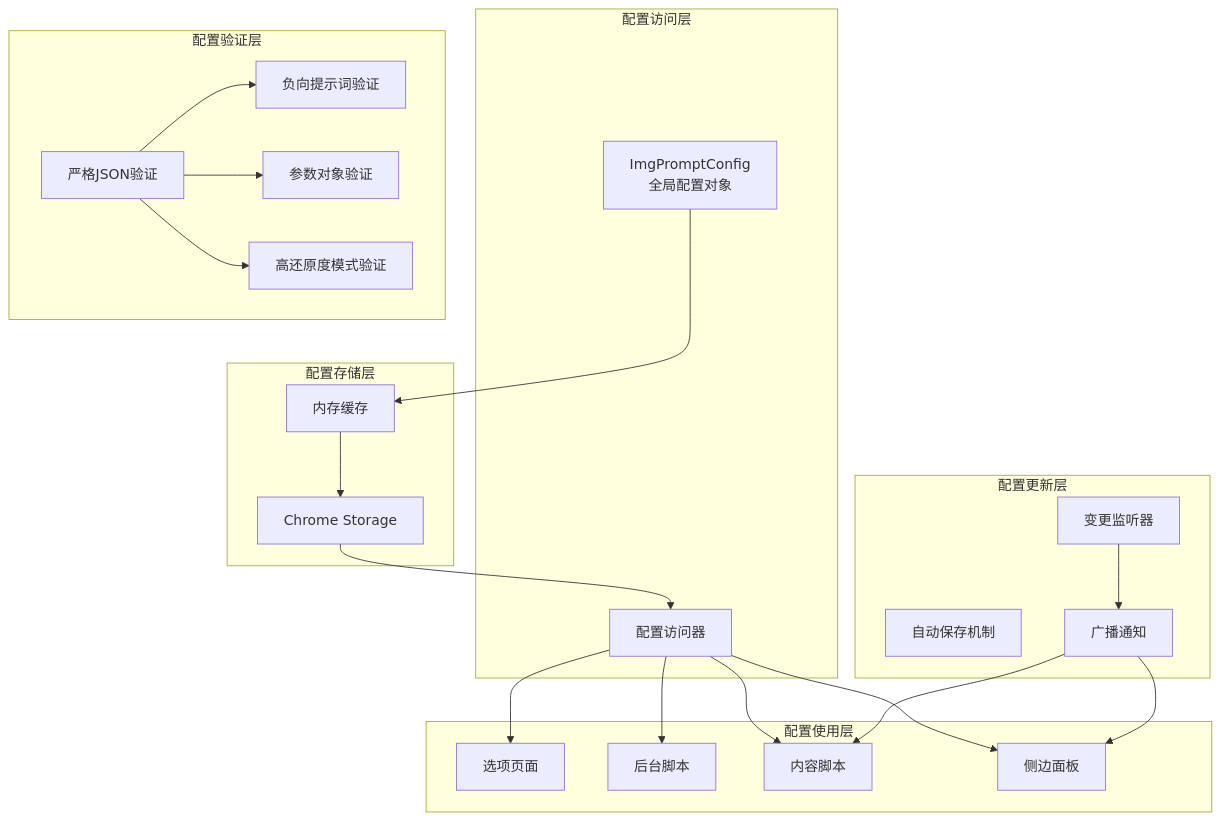
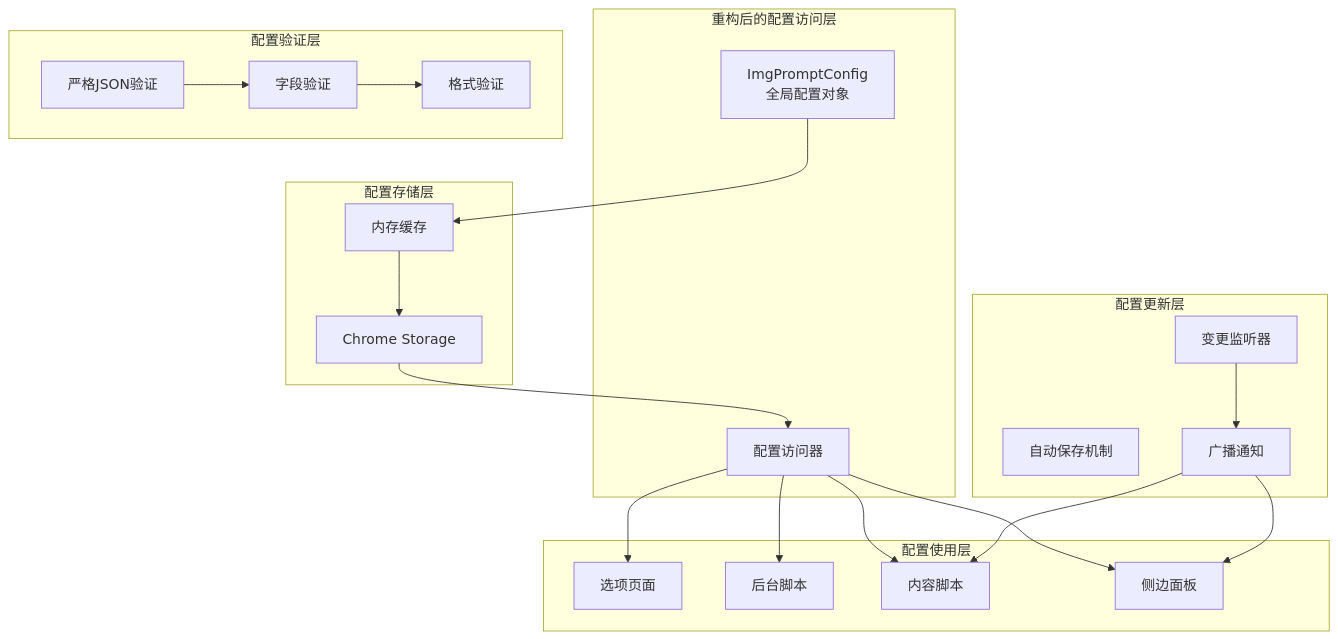
One commit to binasi/Img2Prompt changed the third of 11 diagrams in .qoder/repowiki/zh/content/技术架构/核心模块分析/配置管理模块 (config.js).md. Above: the diagram before and after it, drawn with Mermaid. The commit also changed other lines of this file and 9 other files, not shown here.

````diff
--- a/.qoder/repowiki/zh/content/技术架构/核心模块分析/配置管理模块 (config.js).md
+++ b/.qoder/repowiki/zh/content/技术架构/核心模块分析/配置管理模块 (config.js).md
@@ -230,41 +280,39 @@
 ```mermaid
 graph TB
-subgraph "配置访问层"
+subgraph "重构后的配置访问层"
 Global[ImgPromptConfig<br/>全局配置对象]
 Access[配置访问器]
 end
 subgraph "配置存储层"
 Memory[内存缓存]
 Storage[Chrome Storage]
 end
 subgraph "配置验证层"
 StrictJSON[严格JSON验证]
-NegativePrompt[负向提示词验证]
-Parameters[参数对象验证]
-RecreateMode[高还原度模式验证]
+FieldValidation[字段验证]
+FormatValidation[格式验证]
 end
 subgraph "配置更新层"
 AutoSave[自动保存机制]
 ChangeListener[变更监听器]
 Broadcast[广播通知]
 end
 subgraph "配置使用层"
 Options[选项页面]
 Background[后台脚本]
 Content[内容脚本]
 Panel[侧边面板]
 end
 Global --> Memory
 Memory --> Storage
 Storage --> Access
 Access --> Options
 Access --> Background
 Access --> Content
 Access --> Panel
-StrictJSON --> NegativePrompt
-StrictJSON --> Parameters
-StrictJSON --> RecreateMode
+StrictJSON --> FieldValidation
+FieldValidation --> FormatValidation
 ChangeListener --> Broadcast
 Broadcast --> Content
 Broadcast --> Panel
 ```
````
